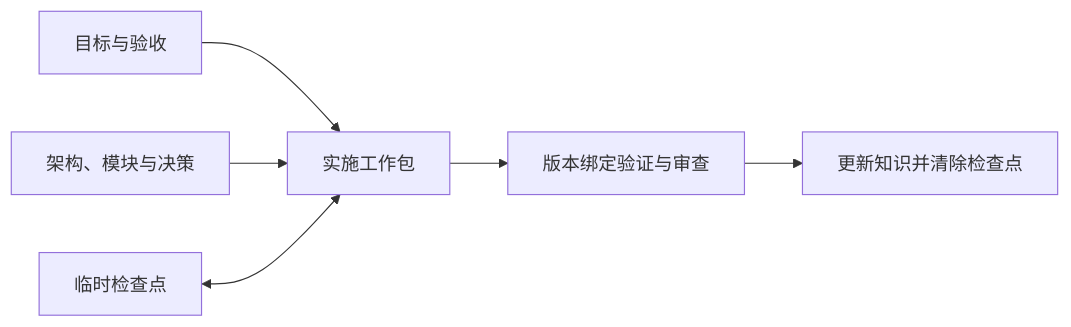
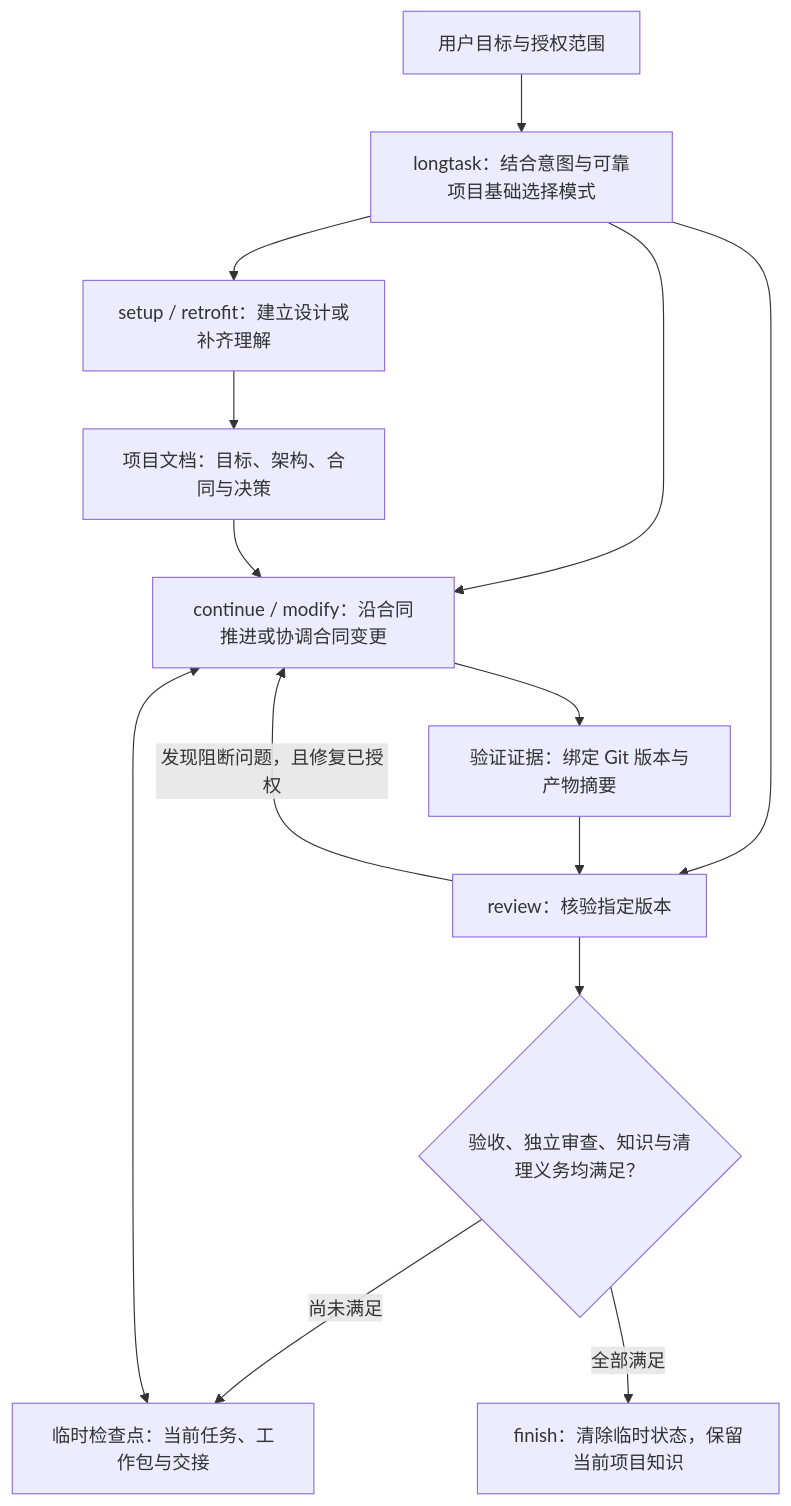
The diagram in README.md (J-ChenX/longtask), drawn with Mermaid before and after one commit. The commit also changed other lines of this file and 48 other files, not shown here.

````diff
--- a/README.md
+++ b/README.md
@@ -76,8 +85,16 @@
 ```mermaid
-flowchart LR
-    Goal["目标与验收"] --> Work["实施工作包"]
-    Knowledge["架构、模块与决策"] --> Work
-    Checkpoint["临时检查点"] <--> Work
-    Work --> Evidence["版本绑定验证与审查"]
-    Evidence --> Finish["更新知识并清除检查点"]
+flowchart TD
+    Request["用户目标与授权范围"] --> Route["longtask：结合意图与可靠项目基础选择模式"]
+    Route --> Prepare["setup / retrofit：建立设计或补齐理解"]
+    Route --> Work["continue / modify：沿合同推进或协调合同变更"]
+    Route --> Review["review：核验指定版本"]
+    Prepare --> Knowledge["项目文档：目标、架构、合同与决策"]
+    Knowledge --> Work
+    Checkpoint["临时检查点：当前任务、工作包与交接"] <--> Work
+    Work --> Evidence["验证证据：绑定 Git 版本与产物摘要"]
+    Evidence --> Review
+    Review -->|发现阻断问题，且修复已授权| Work
+    Review --> Gate{"验收、独立审查、知识与清理义务均满足？"}
+    Gate -->|尚未满足| Checkpoint
+    Gate -->|全部满足| Finish["finish：清除临时状态，保留当前项目知识"]
 ```
````
